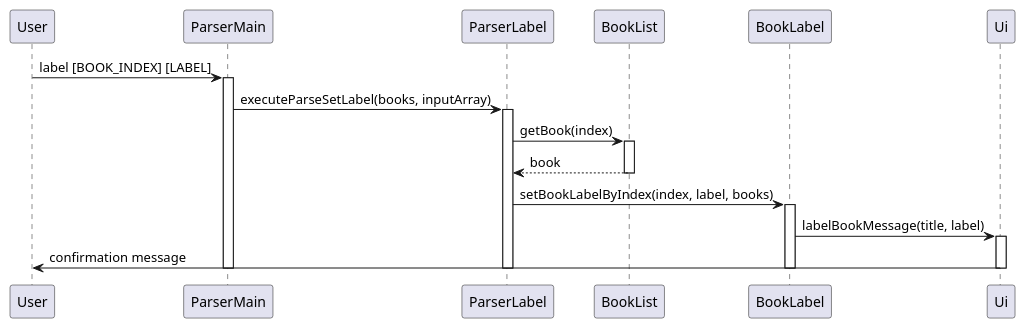
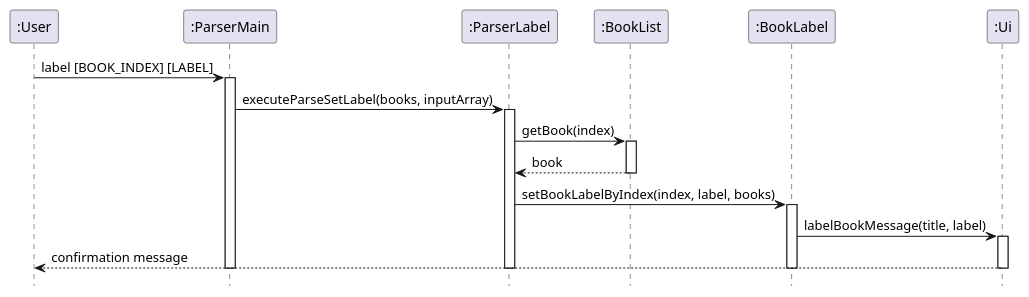
Before and after one commit to AY2324S2-CS2113-F15-4/tp: the diagram in docs/UML_Files/SetLabelSequenceDiagram.puml, drawn with PlantUML. The commit also changed 3 other files, not shown here.

Commit message:
Update Developer Guide to include sequence diagrams for set-label feature.

```diff
--- a/docs/UML_Files/SetLabelSequenceDiagram.puml
+++ b/docs/UML_Files/SetLabelSequenceDiagram.puml
@@ -1,30 +1,31 @@
 @startuml
-participant User
-participant "ParserMain" as ParserMain
-participant "ParserLabel" as ParserLabel
-participant "BookList" as BookList
-participant "BookLabel" as BookLabel
-participant "Ui" as Ui
+hide footbox
+participant ":User" as User
+participant ":ParserMain" as ParserMain
+participant ":ParserLabel" as ParserLabel
+participant ":BookList" as BookList
+participant ":BookLabel" as BookLabel
+participant ":Ui" as Ui
 
 User -> ParserMain : label [BOOK_INDEX] [LABEL]
 activate ParserMain
 ParserMain -> ParserLabel : executeParseSetLabel(books, inputArray)
 activate ParserLabel
 
 ParserLabel -> BookList : getBook(index)
 activate BookList
 BookList --> ParserLabel : book
 deactivate BookList
 
 ParserLabel -> BookLabel : setBookLabelByIndex(index, label, books)
 activate BookLabel
 
 BookLabel -> Ui : labelBookMessage(title, label)
 activate Ui
-Ui -> User : confirmation message
+Ui --> User : confirmation message
 deactivate Ui
 
 deactivate BookLabel
 deactivate ParserLabel
 deactivate ParserMain
 @enduml
```
